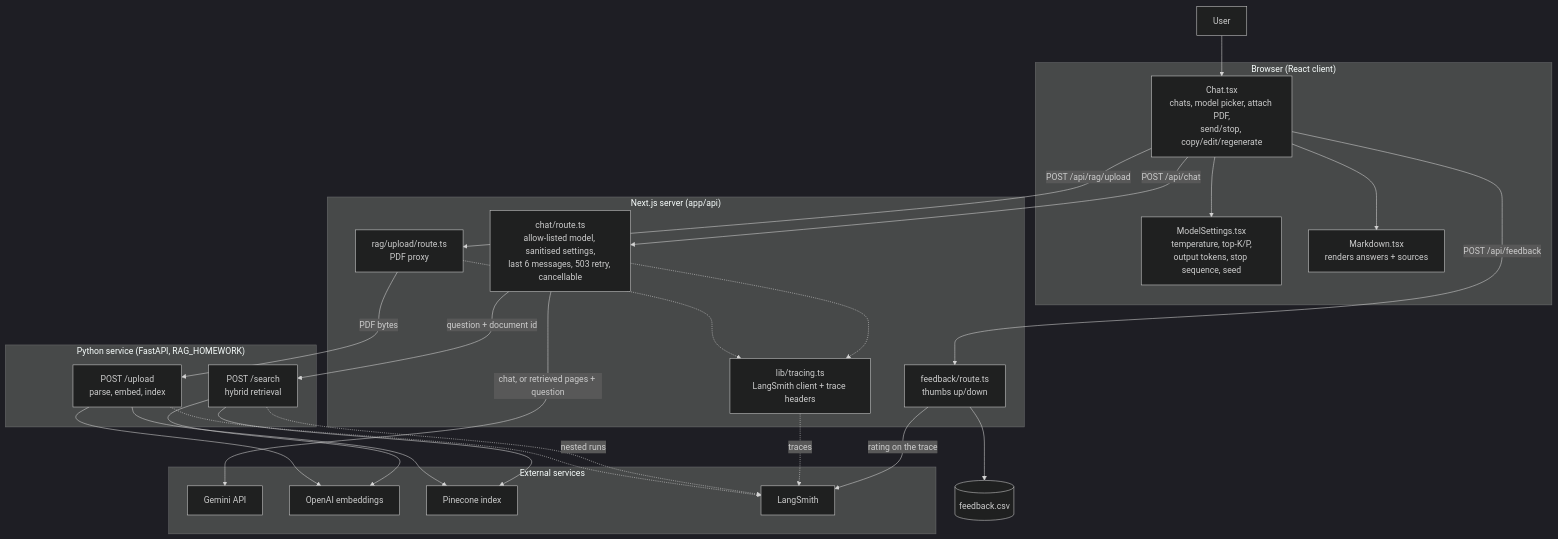
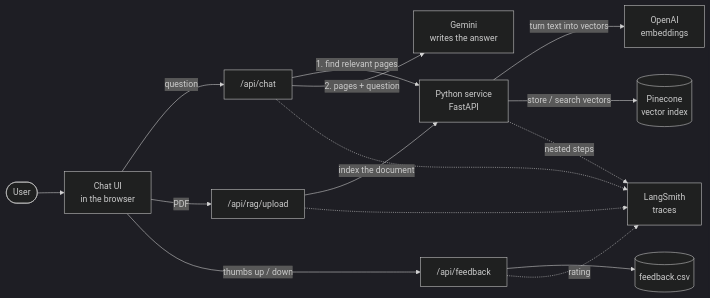
The diagram in README.md (krishnabujagouni/MY_TEST_CHAT_APP), drawn with Mermaid (dark theme) before and after one commit. The commit also changed 1 other file, not shown here.

Commit message:
new architecture

````diff
--- a/README.md
+++ b/README.md
@@ -6,55 +8,21 @@
 ```mermaid
-flowchart TD
-  U["User"]
+flowchart LR
+  U(["User"]) --> UI["Chat UI<br/>in the browser"]
 
-  subgraph browser["Browser (React client)"]
-    C["Chat.tsx<br/>chats, model picker, attach PDF,<br/>send/stop, copy/edit/regenerate"]
-    MS["ModelSettings.tsx<br/>temperature, top-K/P,<br/>output tokens, stop sequence, seed"]
-    MD["Markdown.tsx<br/>renders answers + sources"]
-  end
+  UI -->|"question"| CHAT["/api/chat"]
+  UI -->|"PDF"| UPLOAD["/api/rag/upload"]
+  UI -->|"thumbs up / down"| FEED["/api/feedback"]
 
-  subgraph next["Next.js server (app/api)"]
-    CH["chat/route.ts<br/>allow-listed model, sanitised settings,<br/>last 6 messages, 503 retry, cancellable"]
-    UP["rag/upload/route.ts<br/>PDF proxy"]
-    FB["feedback/route.ts<br/>thumbs up/down"]
-    TR["lib/tracing.ts<br/>LangSmith client + trace headers"]
-  end
+  CHAT -->|"1. find relevant pages"| PY["Python service<br/>FastAPI"]
+  CHAT -->|"2. pages + question"| GEM["Gemini<br/>writes the answer"]
+  UPLOAD -->|"index the document"| PY
+  FEED --> CSV[("feedback.csv")]
 
-  subgraph py["Python service (FastAPI, RAG_HOMEWORK)"]
-    SE["POST /search<br/>hybrid retrieval"]
-    IN["POST /upload<br/>parse, embed, index"]
-  end
+  PY -->|"turn text into vectors"| OAI["OpenAI<br/>embeddings"]
+  PY -->|"store / search vectors"| PC[("Pinecone<br/>vector index")]
 
-  subgraph ext["External services"]
-    GEM["Gemini API"]
-    OAI["OpenAI embeddings"]
-    PC["Pinecone index"]
-    LS["LangSmith"]
-  end
-
-  CSV[("feedback.csv")]
-
-  U --> C
-  C --> MS
-  C --> MD
-  C -->|"POST /api/chat"| CH
-  C -->|"POST /api/rag/upload"| UP
-  C -->|"POST /api/feedback"| FB
-
-  CH -->|"question + document id"| SE
-  CH -->|"chat, or retrieved pages + question"| GEM
-  UP -->|"PDF bytes"| IN
-  FB --> CSV
-  FB -->|"rating on the trace"| LS
-
-  SE --> OAI
-  SE --> PC
-  IN --> OAI
-  IN --> PC
-
-  CH -.-> TR
-  UP -.-> TR
-  TR -.->|"traces"| LS
-  SE -.->|"nested runs"| LS
-  IN -.-> LS
+  CHAT -.-> LS["LangSmith<br/>traces"]
+  UPLOAD -.-> LS
+  FEED -.->|"rating"| LS
+  PY -.->|"nested steps"| LS
 ```
````
